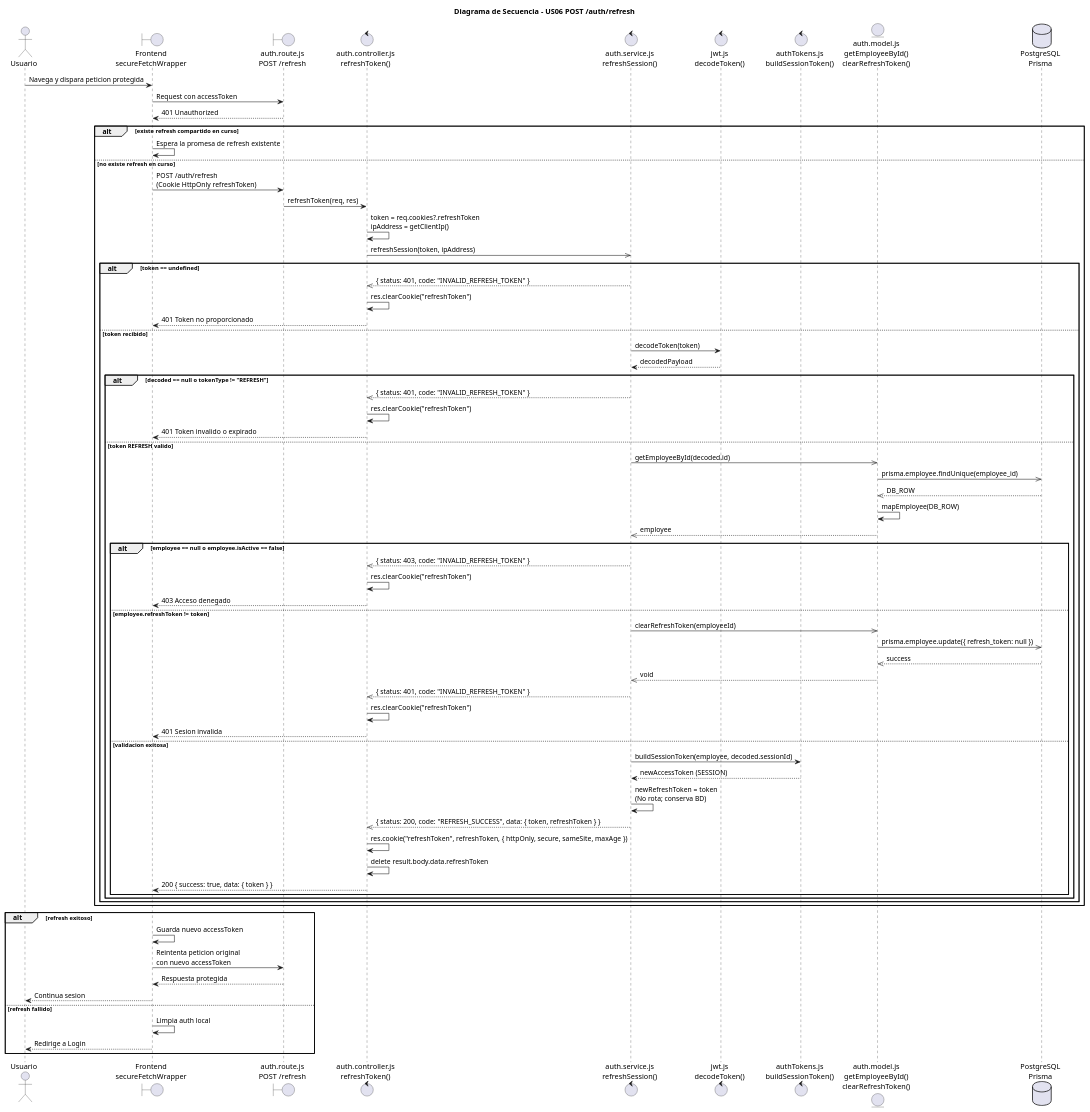
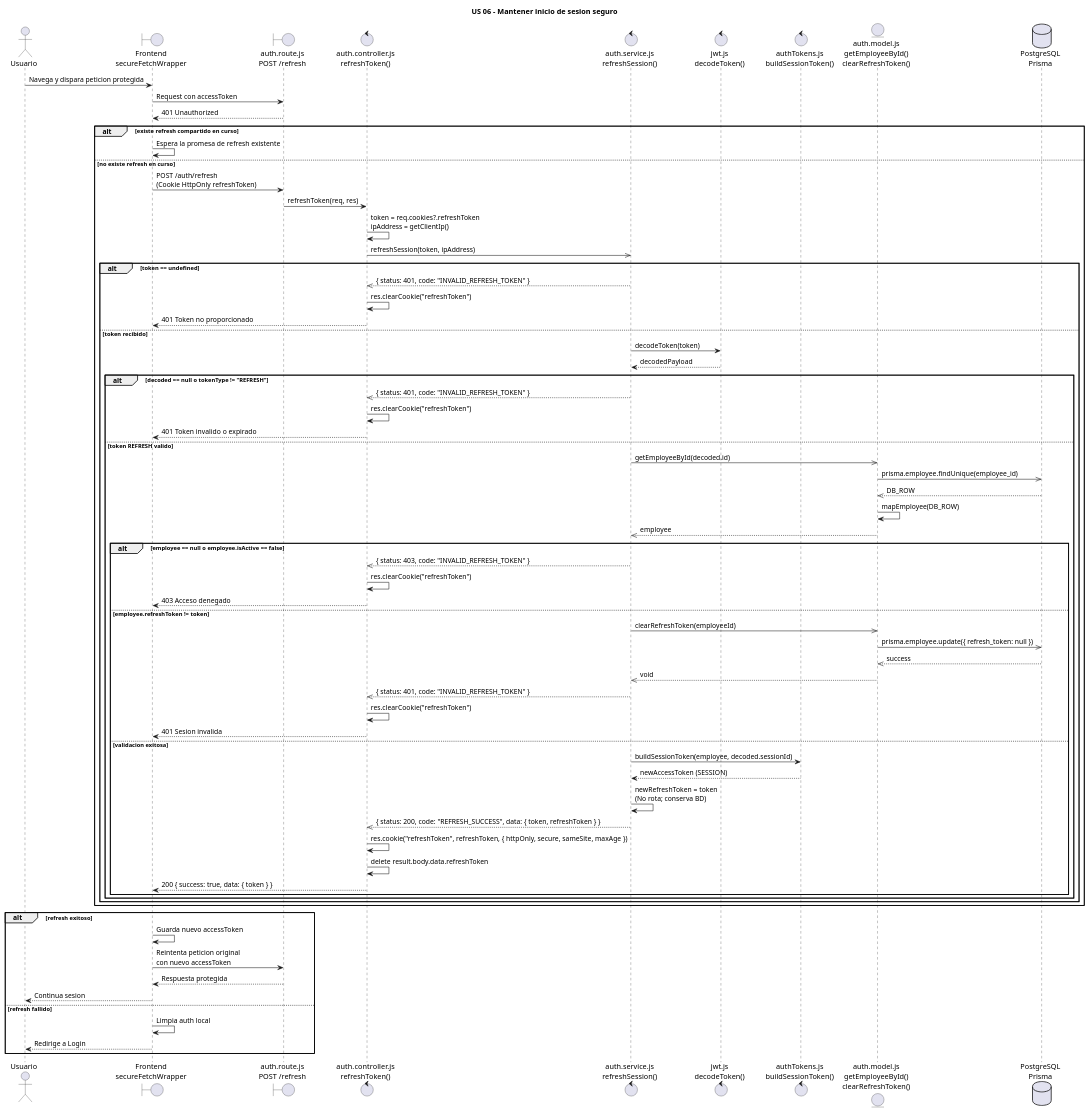
One commit to AztlanConsulting/RCHQ-Back changed the diagram in diagrams/Sequence diagram/US06.puml. Above: the diagram before and after it, drawn with PlantUML.

Commit message:
docs: se arregla inconsistencia del título

```diff
--- a/diagrams/Sequence diagram/US06.puml
+++ b/diagrams/Sequence diagram/US06.puml
@@ -1,80 +1,80 @@
 @startuml
-title Diagrama de Secuencia - US06 POST /auth/refresh
+title US 06 - Mantener inicio de sesion seguro
 
 actor Usuario
 boundary "Frontend\nsecureFetchWrapper" as Front
 boundary "auth.route.js\nPOST /refresh" as Route
 control "auth.controller.js\nrefreshToken()" as Controller
 control "auth.service.js\nrefreshSession()" as Service
 control "jwt.js\ndecodeToken()" as JWT
 control "authTokens.js\nbuildSessionToken()" as AuthTokens
 entity "auth.model.js\ngetEmployeeById()\nclearRefreshToken()" as Model
 database "PostgreSQL\nPrisma" as BD
 
 Usuario -> Front : Navega y dispara peticion protegida
 Front -> Route : Request con accessToken
 Route --> Front : 401 Unauthorized
 
 alt existe refresh compartido en curso
     Front -> Front : Espera la promesa de refresh existente
 else no existe refresh en curso
     Front -> Route : POST /auth/refresh\n(Cookie HttpOnly refreshToken)
     Route -> Controller : refreshToken(req, res)
     Controller -> Controller : token = req.cookies?.refreshToken\nipAddress = getClientIp()
     Controller ->> Service : refreshSession(token, ipAddress)
 
     alt token == undefined
         Service -->> Controller : { status: 401, code: "INVALID_REFRESH_TOKEN" }
         Controller -> Controller : res.clearCookie("refreshToken")
         Controller --> Front : 401 Token no proporcionado
     else token recibido
         Service -> JWT : decodeToken(token)
         JWT --> Service : decodedPayload
 
         alt decoded == null o tokenType != "REFRESH"
             Service -->> Controller : { status: 401, code: "INVALID_REFRESH_TOKEN" }
             Controller -> Controller : res.clearCookie("refreshToken")
             Controller --> Front : 401 Token invalido o expirado
         else token REFRESH valido
             Service ->> Model : getEmployeeById(decoded.id)
             Model ->> BD : prisma.employee.findUnique(employee_id)
             BD -->> Model : DB_ROW
             Model -> Model : mapEmployee(DB_ROW)
             Model -->> Service : employee
 
             alt employee == null o employee.isActive == false
                 Service -->> Controller : { status: 403, code: "INVALID_REFRESH_TOKEN" }
                 Controller -> Controller : res.clearCookie("refreshToken")
                 Controller --> Front : 403 Acceso denegado
             else employee.refreshToken != token
                 Service ->> Model : clearRefreshToken(employeeId)
                 Model ->> BD : prisma.employee.update({ refresh_token: null })
                 BD -->> Model : success
                 Model -->> Service : void
                 Service -->> Controller : { status: 401, code: "INVALID_REFRESH_TOKEN" }
                 Controller -> Controller : res.clearCookie("refreshToken")
                 Controller --> Front : 401 Sesion invalida
             else validacion exitosa
                 Service -> AuthTokens : buildSessionToken(employee, decoded.sessionId)
                 AuthTokens --> Service : newAccessToken (SESSION)
                 Service -> Service : newRefreshToken = token\n(No rota; conserva BD)
                 Service -->> Controller : { status: 200, code: "REFRESH_SUCCESS", data: { token, refreshToken } }
                 Controller -> Controller : res.cookie("refreshToken", refreshToken, { httpOnly, secure, sameSite, maxAge })
                 Controller -> Controller : delete result.body.data.refreshToken
                 Controller --> Front : 200 { success: true, data: { token } }
             end
         end
     end
 end
 
 alt refresh exitoso
     Front -> Front : Guarda nuevo accessToken
     Front -> Route : Reintenta peticion original\ncon nuevo accessToken
     Route --> Front : Respuesta protegida
     Front --> Usuario : Continua sesion
 else refresh fallido
     Front -> Front : Limpia auth local
     Front --> Usuario : Redirige a Login
 end
 
 @enduml
```
